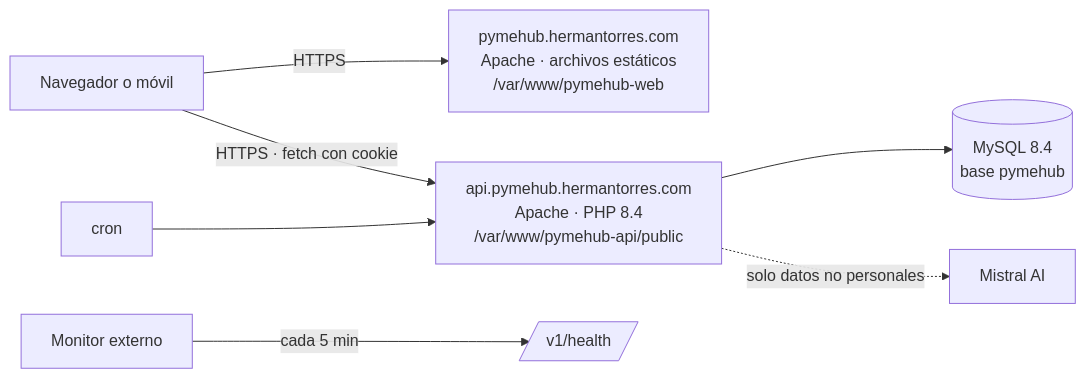
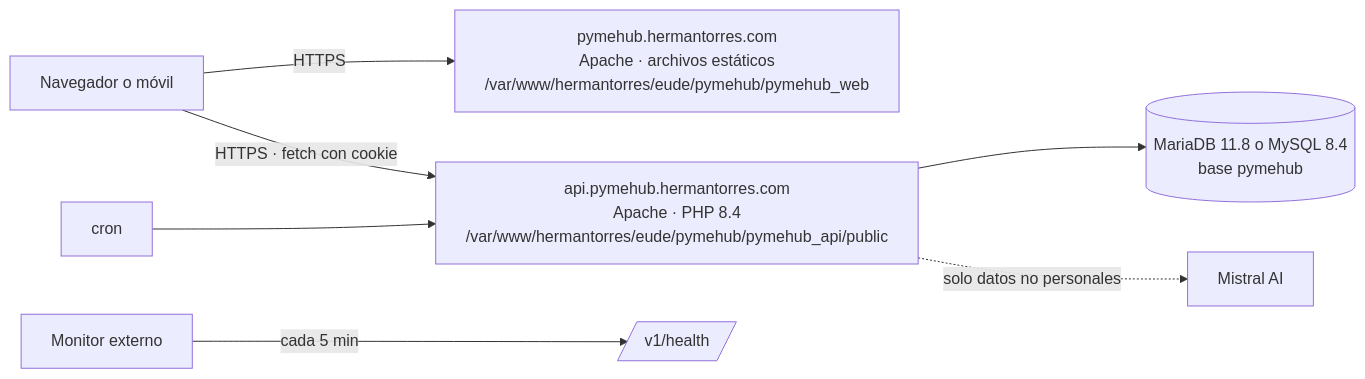
Before and after one commit to hermantorreshyo/pymehub_api: the diagram in docs/manuales/01_MANUAL_DESPLIEGUE.md, drawn with Mermaid. The commit also changed other lines of this file and 15 other files, not shown here.

First line of the commit message:
fix: rutas de producción en /var/www/hermantorres/eude/pymehub (v0.3.2)

````diff
--- a/docs/manuales/01_MANUAL_DESPLIEGUE.md
+++ b/docs/manuales/01_MANUAL_DESPLIEGUE.md
@@ -33,9 +43,9 @@
 ```mermaid
 flowchart LR
-    U[Navegador o móvil] -->|HTTPS| W[pymehub.hermantorres.com<br/>Apache · archivos estáticos<br/>/var/www/pymehub-web]
-    U -->|HTTPS · fetch con cookie| A[api.pymehub.hermantorres.com<br/>Apache · PHP 8.4<br/>/var/www/pymehub-api/public]
-    A --> D[(MySQL 8.4<br/>base pymehub)]
+    U[Navegador o móvil] -->|HTTPS| W[pymehub.hermantorres.com<br/>Apache · archivos estáticos<br/>/var/www/hermantorres/eude/pymehub/pymehub_web]
+    U -->|HTTPS · fetch con cookie| A[api.pymehub.hermantorres.com<br/>Apache · PHP 8.4<br/>/var/www/hermantorres/eude/pymehub/pymehub_api/public]
+    A --> D[(MariaDB 11.8 o MySQL 8.4<br/>base pymehub)]
     A -. solo datos no personales .-> M[Mistral AI]
     C[cron] --> A
     UR[Monitor externo] -->|cada 5 min| H[/v1/health/]
 ```
````
